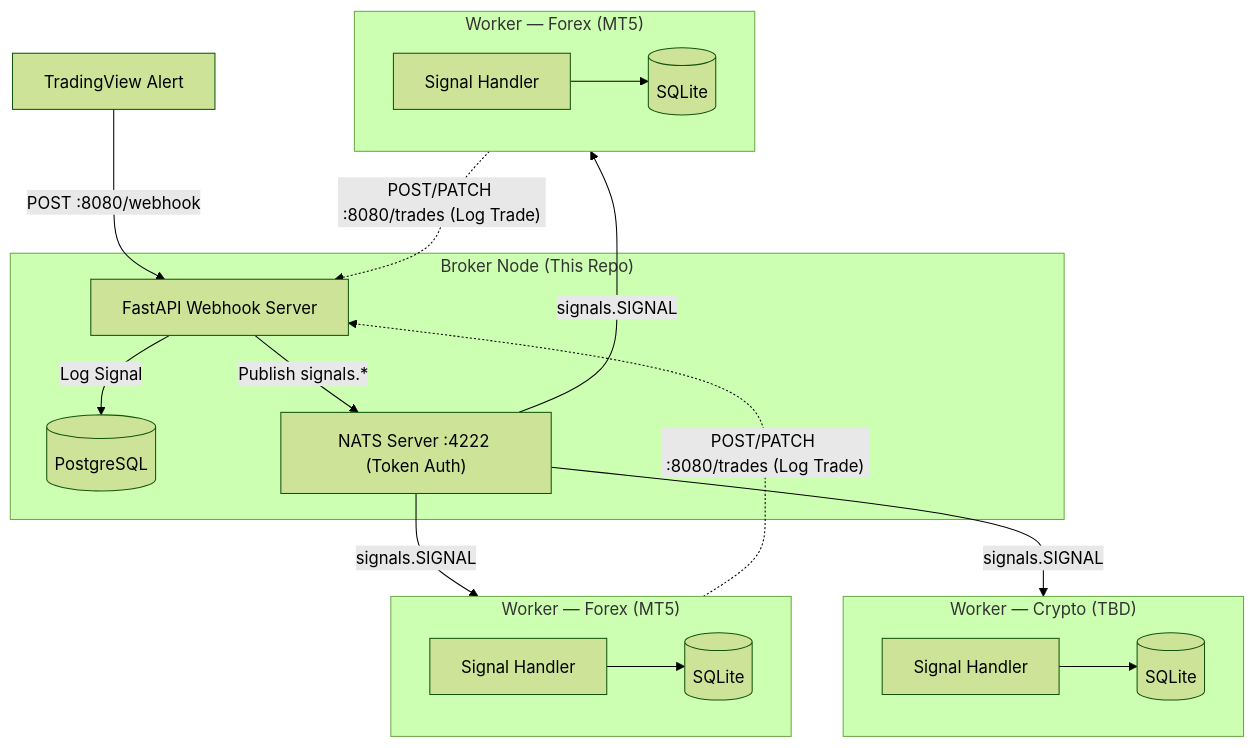
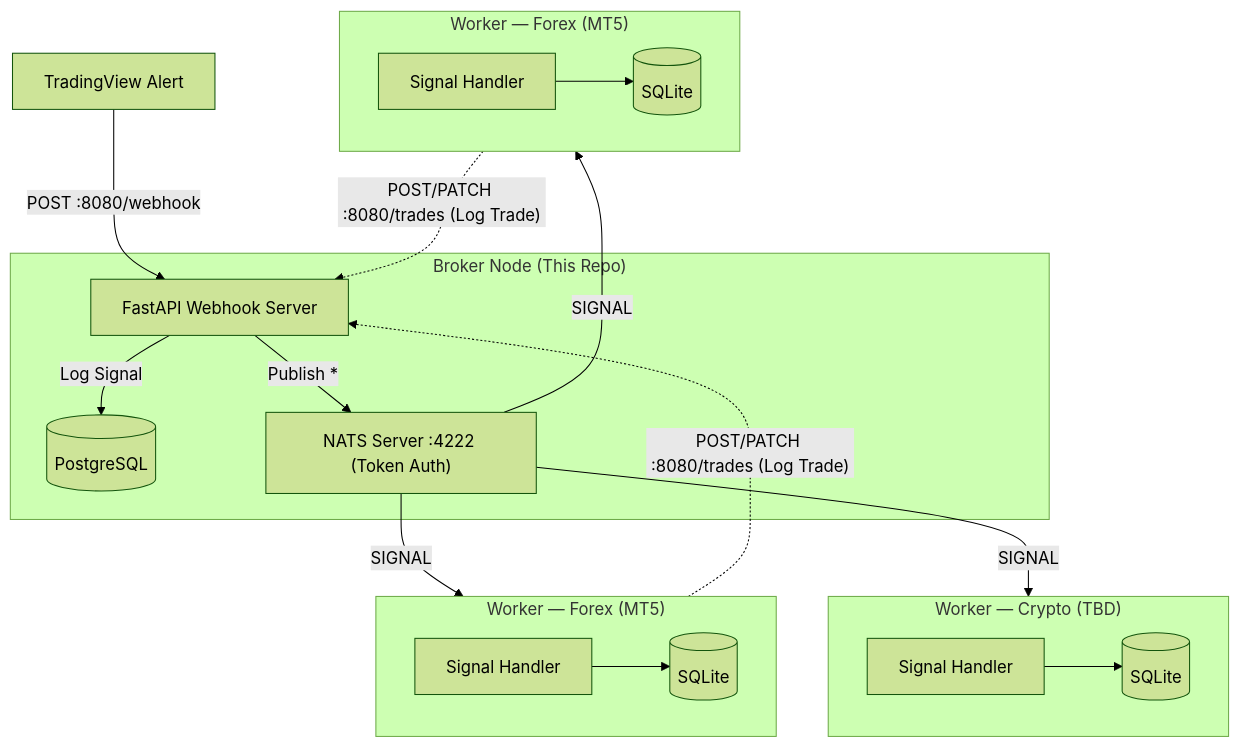
One commit to rockingrow/algo-trading-broker changed the diagram in README.md. Above: the diagram before and after it, drawn with Mermaid (forest theme). The commit also changed other lines of this file and 5 other files, not shown here.

````diff
--- a/README.md
+++ b/README.md
@@ -17,25 +17,25 @@
 ```mermaid
 graph TD
     TV[TradingView Alert] -- "POST :8080/webhook" --> Broker
     subgraph "Broker Node (This Repo)"
         Broker[FastAPI Webhook Server]
         DB[(PostgreSQL)]
         NATS["NATS Server :4222 (Token Auth)"]
         Broker -- "Log Signal" --> DB
-        Broker -- "Publish signals.*" --> NATS
+        Broker -- "Publish *" --> NATS
     end
-    NATS -- "signals.SIGNAL" --> W1
-    NATS -- "signals.SIGNAL" --> W2
-    NATS -- "signals.SIGNAL" --> WN
+    NATS -- "SIGNAL" --> W1
+    NATS -- "SIGNAL" --> W2
+    NATS -- "SIGNAL" --> WN
     subgraph W1["Worker — Forex (MT5)"]
         W1A[Signal Handler] --> W1B[(SQLite)]
     end
     subgraph W2["Worker — Forex (MT5)"]
         W2A[Signal Handler] --> W2B[(SQLite)]
     end
     subgraph WN["Worker — Crypto (TBD)"]
         WNA[Signal Handler] --> WNB[(SQLite)]
     end
     W1 -. "POST/PATCH :8080/trades (Log Trade)" .-> Broker
     W2 -. "POST/PATCH :8080/trades (Log Trade)" .-> Broker
 ```
````
